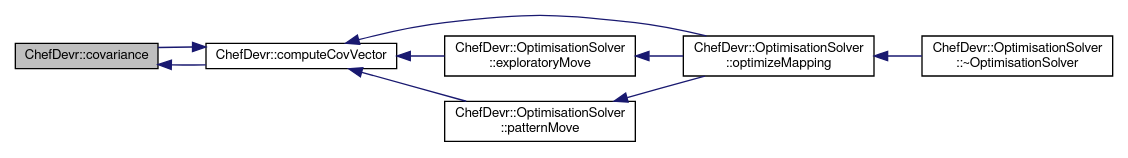
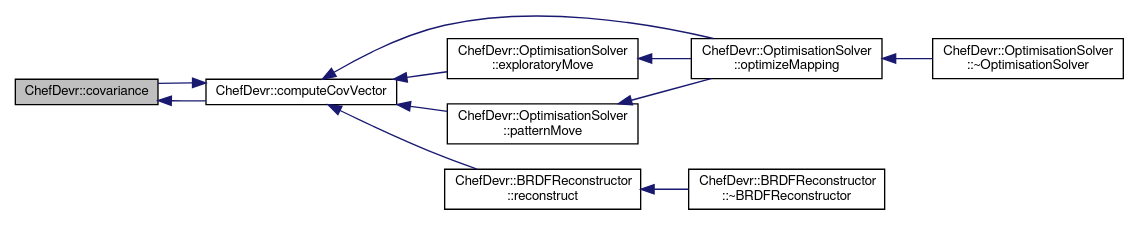
One commit to bsella/BRDF3000 changed the diagram in docs/namespace_chef_devr_a13ff4baef0481276d6b78f9d47297d0d_icgraph.dot. Above: the diagram before and after it, drawn with Graphviz. The commit also changed 57 other files, not shown here.

```diff
--- a/docs/namespace_chef_devr_a13ff4baef0481276d6b78f9d47297d0d_icgraph.dot
+++ b/docs/namespace_chef_devr_a13ff4baef0481276d6b78f9d47297d0d_icgraph.dot
@@ -1,20 +1,24 @@
 digraph "ChefDevr::covariance"
 {
   edge [fontname="FreeSans",fontsize="10",labelfontname="FreeSans",labelfontsize="10"];
   node [fontname="FreeSans",fontsize="10",shape=record];
   rankdir="LR";
-  Node24 [label="ChefDevr::covariance",height=0.2,width=0.4,color="black", fillcolor="grey75", style="filled", fontcolor="black"];
-  Node24 -> Node25 [dir="back",color="midnightblue",fontsize="10",style="solid",fontname="FreeSans"];
-  Node25 [label="ChefDevr::computeCovVector",height=0.2,width=0.4,color="black", fillcolor="white", style="filled",URL="$namespace_chef_devr.html#a349022012a8c5dc5757ba21824878766",tooltip="Computes the covariance column vector for the lv_num&#39;th latent variable. "];
-  Node25 -> Node26 [dir="back",color="midnightblue",fontsize="10",style="solid",fontname="FreeSans"];
-  Node26 [label="ChefDevr::OptimisationSolver\l::optimizeMapping",height=0.2,width=0.4,color="black", fillcolor="white", style="filled",URL="$class_chef_devr_1_1_optimisation_solver.html#ac071d573e4155176f151f9413ef7b107",tooltip="Computes the optimized parametrisation of the BRDFs manifold. Uses Hook & Jeeves method to solve the ..."];
-  Node26 -> Node27 [dir="back",color="midnightblue",fontsize="10",style="solid",fontname="FreeSans"];
-  Node27 [label="ChefDevr::OptimisationSolver\l::~OptimisationSolver",height=0.2,width=0.4,color="black", fillcolor="white", style="filled",URL="$class_chef_devr_1_1_optimisation_solver.html#a5cb2221de8949571cd64eb7aa270fd48"];
-  Node25 -> Node28 [dir="back",color="midnightblue",fontsize="10",style="solid",fontname="FreeSans"];
-  Node28 [label="ChefDevr::OptimisationSolver\l::exploratoryMove",height=0.2,width=0.4,color="black", fillcolor="white", style="filled",URL="$class_chef_devr_1_1_optimisation_solver.html#a515eb2a32af01d73c8a7c0be3ebd5aba",tooltip="Updates the movement vector of X that improves the solution (X_move) "];
-  Node28 -> Node26 [dir="back",color="midnightblue",fontsize="10",style="solid",fontname="FreeSans"];
-  Node25 -> Node29 [dir="back",color="midnightblue",fontsize="10",style="solid",fontname="FreeSans"];
-  Node29 [label="ChefDevr::OptimisationSolver\l::patternMove",height=0.2,width=0.4,color="black", fillcolor="white", style="filled",URL="$class_chef_devr_1_1_optimisation_solver.html#a521476ed550af6cdf431015c9af20498",tooltip="Apply X_move to the latent variable vector X. Updates new_X, new_K_minus1, new_detK accordingly..."];
-  Node29 -> Node26 [dir="back",color="midnightblue",fontsize="10",style="solid",fontname="FreeSans"];
-  Node25 -> Node24 [dir="back",color="midnightblue",fontsize="10",style="solid",fontname="FreeSans"];
+  Node28 [label="ChefDevr::covariance",height=0.2,width=0.4,color="black", fillcolor="grey75", style="filled", fontcolor="black"];
+  Node28 -> Node29 [dir="back",color="midnightblue",fontsize="10",style="solid",fontname="FreeSans"];
+  Node29 [label="ChefDevr::computeCovVector",height=0.2,width=0.4,color="black", fillcolor="white", style="filled",URL="$namespace_chef_devr.html#a596a285a8d77aad17878f22f23689861",tooltip="Computes the covariance column vector for the coordRef coordinates variable. "];
+  Node29 -> Node30 [dir="back",color="midnightblue",fontsize="10",style="solid",fontname="FreeSans"];
+  Node30 [label="ChefDevr::OptimisationSolver\l::optimizeMapping",height=0.2,width=0.4,color="black", fillcolor="white", style="filled",URL="$class_chef_devr_1_1_optimisation_solver.html#ac071d573e4155176f151f9413ef7b107",tooltip="Computes the optimized parametrisation of the BRDFs manifold. Uses Hook & Jeeves method to solve the ..."];
+  Node30 -> Node31 [dir="back",color="midnightblue",fontsize="10",style="solid",fontname="FreeSans"];
+  Node31 [label="ChefDevr::OptimisationSolver\l::~OptimisationSolver",height=0.2,width=0.4,color="black", fillcolor="white", style="filled",URL="$class_chef_devr_1_1_optimisation_solver.html#a5cb2221de8949571cd64eb7aa270fd48"];
+  Node29 -> Node32 [dir="back",color="midnightblue",fontsize="10",style="solid",fontname="FreeSans"];
+  Node32 [label="ChefDevr::OptimisationSolver\l::exploratoryMove",height=0.2,width=0.4,color="black", fillcolor="white", style="filled",URL="$class_chef_devr_1_1_optimisation_solver.html#a515eb2a32af01d73c8a7c0be3ebd5aba",tooltip="Updates the movement vector of X that improves the solution (X_move) "];
+  Node32 -> Node30 [dir="back",color="midnightblue",fontsize="10",style="solid",fontname="FreeSans"];
+  Node29 -> Node33 [dir="back",color="midnightblue",fontsize="10",style="solid",fontname="FreeSans"];
+  Node33 [label="ChefDevr::OptimisationSolver\l::patternMove",height=0.2,width=0.4,color="black", fillcolor="white", style="filled",URL="$class_chef_devr_1_1_optimisation_solver.html#a521476ed550af6cdf431015c9af20498",tooltip="Apply X_move to the latent variable vector X. Updates new_X, new_K_minus1, new_detK accordingly..."];
+  Node33 -> Node30 [dir="back",color="midnightblue",fontsize="10",style="solid",fontname="FreeSans"];
+  Node29 -> Node28 [dir="back",color="midnightblue",fontsize="10",style="solid",fontname="FreeSans"];
+  Node29 -> Node34 [dir="back",color="midnightblue",fontsize="10",style="solid",fontname="FreeSans"];
+  Node34 [label="ChefDevr::BRDFReconstructor\l::reconstruct",height=0.2,width=0.4,color="black", fillcolor="white", style="filled",URL="$class_chef_devr_1_1_b_r_d_f_reconstructor.html#a3f29882c04874bc83a68e008a0542f03",tooltip="Reconstructs a BRDF for latent space coordinates. "];
+  Node34 -> Node35 [dir="back",color="midnightblue",fontsize="10",style="solid",fontname="FreeSans"];
+  Node35 [label="ChefDevr::BRDFReconstructor\l::~BRDFReconstructor",height=0.2,width=0.4,color="black", fillcolor="white", style="filled",URL="$class_chef_devr_1_1_b_r_d_f_reconstructor.html#a8943b55072cbcf99bd09553917c1ce68"];
 }
```
